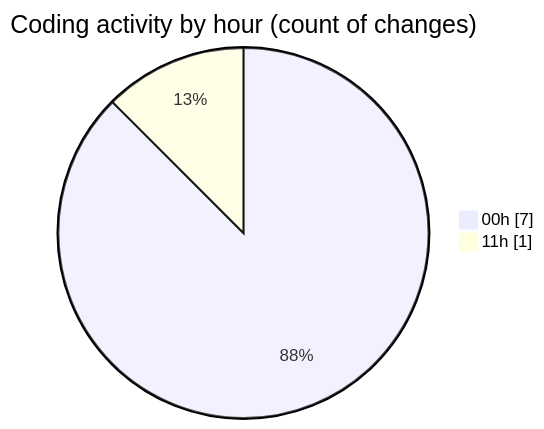
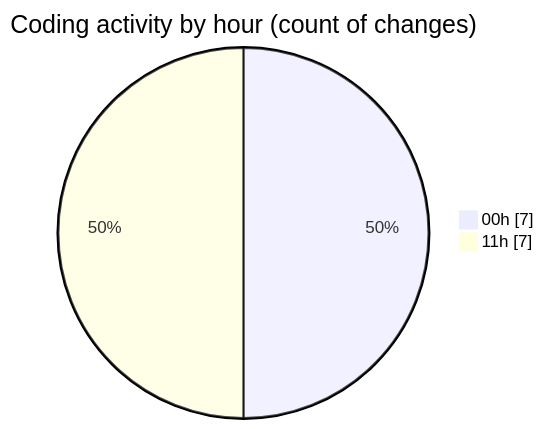
Before and after one commit to julien-gomy/code-tracking: the second of 2 diagrams in 2025-10-08/eventscop-frontend-guide__workspace_/README.md, drawn with Mermaid. The commit also changed other lines of this file and 1 other file, not shown here.

````diff
--- a/2025-10-08/eventscop-frontend-guide__workspace_/README.md
+++ b/2025-10-08/eventscop-frontend-guide__workspace_/README.md
@@ -33,6 +35,6 @@
 ```mermaid
 pie showData
 title Coding activity by hour (count of changes)
 "00h" : 7
-"11h" : 1
+"11h" : 7
 ```
````
